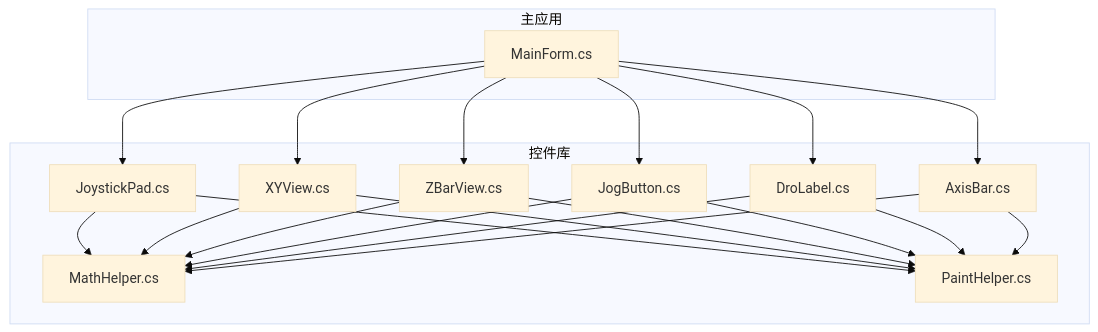
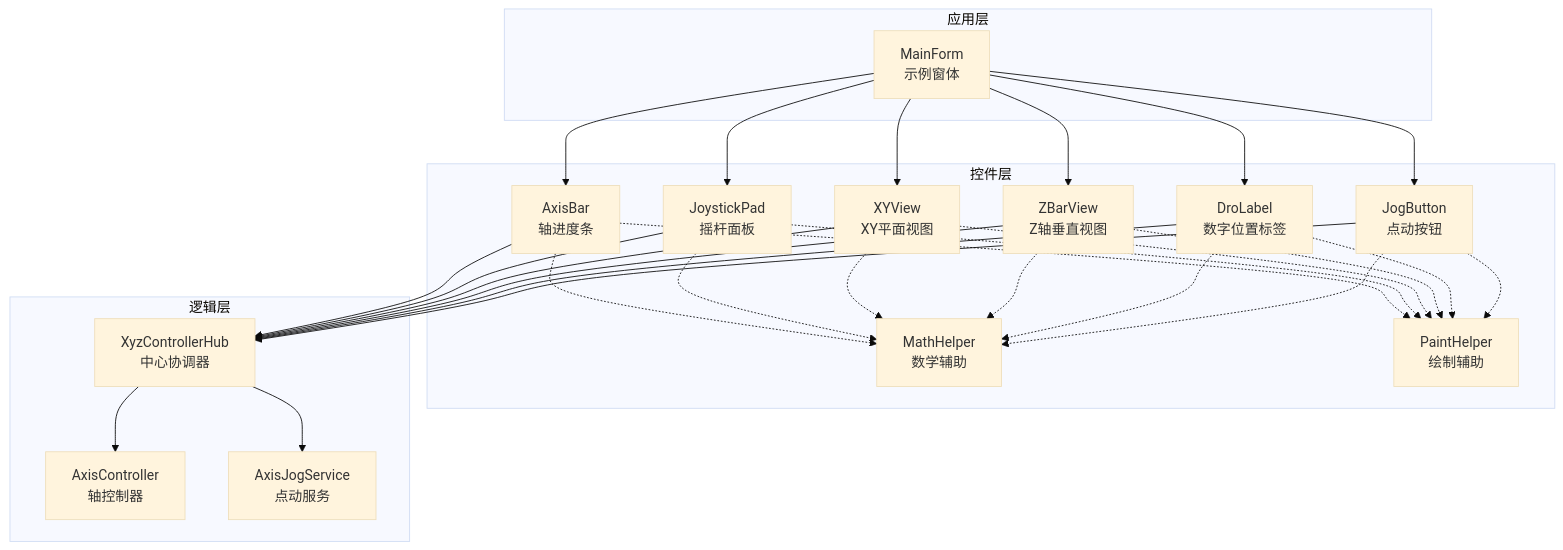
Before and after one commit to fuweiq94-cloud/3399180760: the first of 9 diagrams in .qoder/repowiki/zh/content/自定义控件库/自定义控件库.md, drawn with Mermaid (base theme). The commit also changed other lines of this file and 94 other files, not shown here.

First line of the commit message:
docs(api): 添加完整 XyzController API 接口文档

````diff
--- a/.qoder/repowiki/zh/content/自定义控件库/自定义控件库.md
+++ b/.qoder/repowiki/zh/content/自定义控件库/自定义控件库.md
@@ -34,34 +40,47 @@
 ```mermaid
 graph TB
-subgraph "控件库"
-JP["JoystickPad.cs"]
-XY["XYView.cs"]
-ZB["ZBarView.cs"]
-JB["JogButton.cs"]
-DL["DroLabel.cs"]
-AB["AxisBar.cs"]
-MH["MathHelper.cs"]
-PH["PaintHelper.cs"]
+subgraph "控件层"
+AB["AxisBar<br/>轴进度条"]
+JP["JoystickPad<br/>摇杆面板"]
+XY["XYView<br/>XY平面视图"]
+ZB["ZBarView<br/>Z轴垂直视图"]
+DL["DroLabel<br/>数字位置标签"]
+JB["JogButton<br/>点动按钮"]
+MH["MathHelper<br/>数学辅助"]
+PH["PaintHelper<br/>绘制辅助"]
 end
-subgraph "主应用"
-MF["MainForm.cs"]
+subgraph "逻辑层"
+HUB["XyzControllerHub<br/>中心协调器"]
+AC["AxisController<br/>轴控制器"]
+AJ["AxisJogService<br/>点动服务"]
 end
+subgraph "应用层"
+MF["MainForm<br/>示例窗体"]
+end
+AB --> HUB
+JP --> HUB
+XY --> HUB
+ZB --> HUB
+DL --> HUB
+JB --> HUB
+HUB --> AC
+HUB --> AJ
+MF --> AB
 MF --> JP
 MF --> XY
 MF --> ZB
+MF --> DL
 MF --> JB
-MF --> DL
-MF --> AB
-JP --> MH
-JP --> PH
-XY --> MH
-XY --> PH
-ZB --> MH
-ZB --> PH
-JB --> MH
-JB --> PH
-DL --> MH
-DL --> PH
-AB --> MH
-AB --> PH
+AB -.-> MH
+AB -.-> PH
+JP -.-> MH
+JP -.-> PH
+XY -.-> MH
+XY -.-> PH
+ZB -.-> MH
+ZB -.-> PH
+DL -.-> MH
+DL -.-> PH
+JB -.-> MH
+JB -.-> PH
 ```
````
